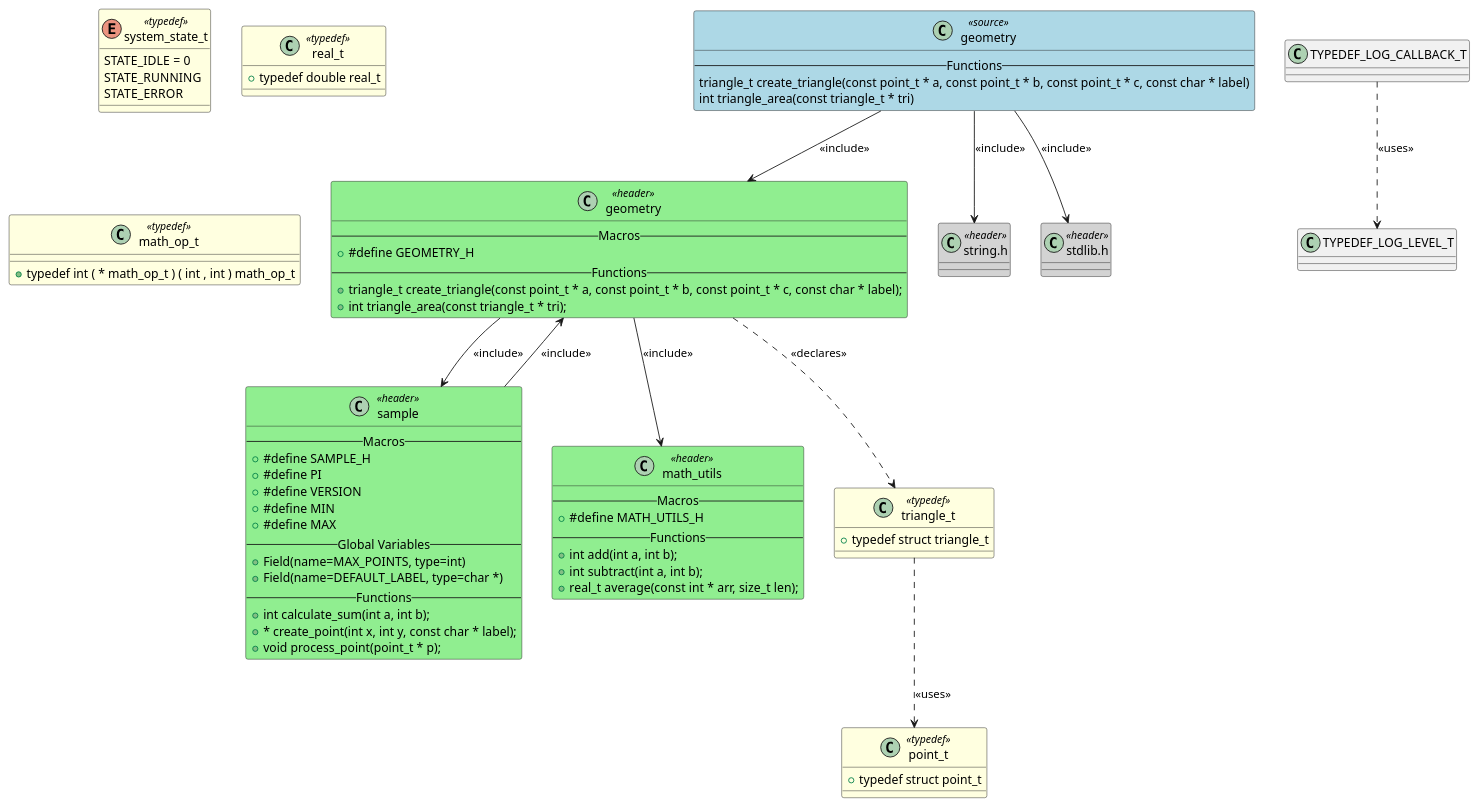
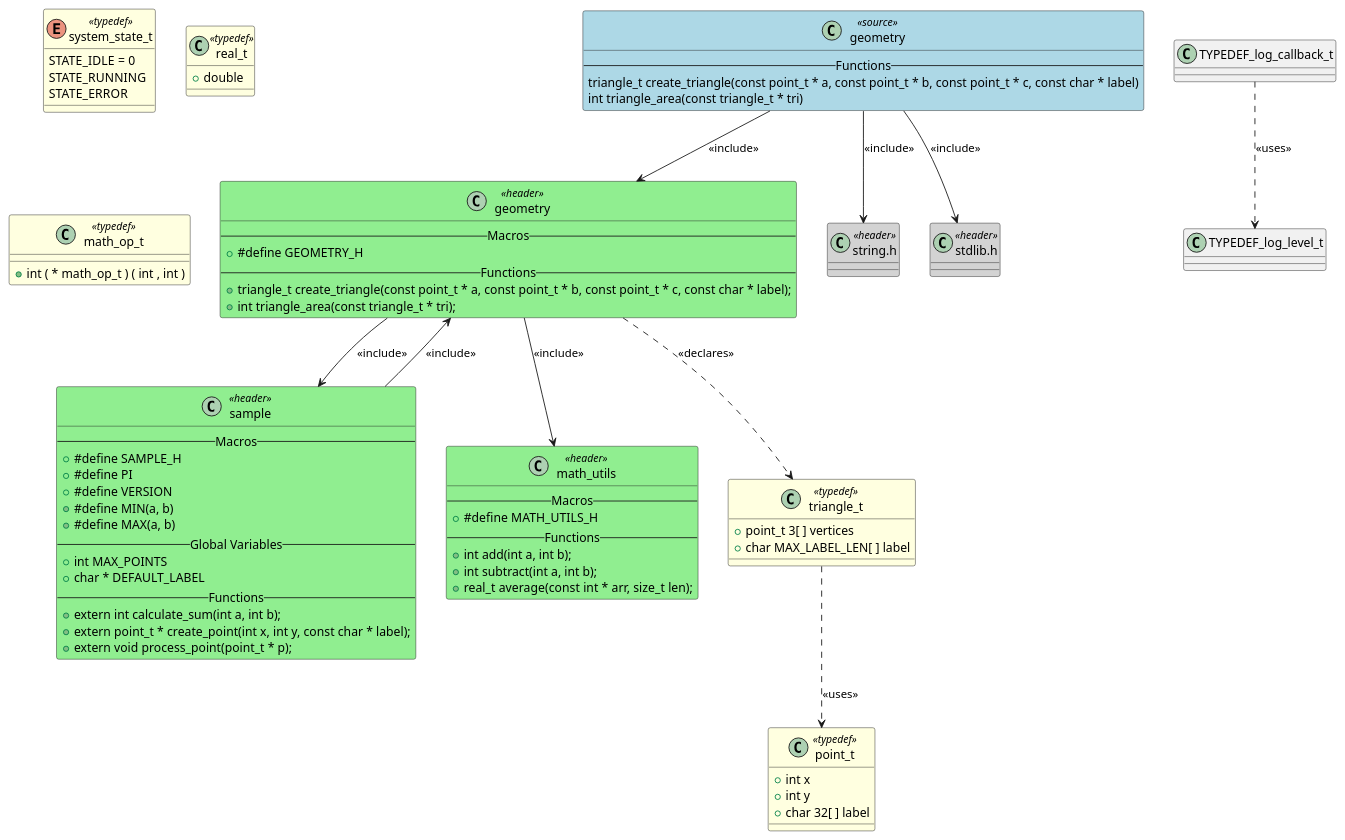
One commit to fischerjooo/c2puml changed the diagram in output/geometry.puml. Above: the diagram before and after it, drawn with PlantUML. The commit also changed 30 other files, not shown here.

```diff
--- a/output/geometry.puml
+++ b/output/geometry.puml
@@ -1,88 +1,91 @@
 @startuml geometry
 
 class "geometry" as GEOMETRY <<source>> #LightBlue
 {
-    -- Functions --
-    triangle_t create_triangle(const point_t * a, const point_t * b, const point_t * c, const char * label)
-    int triangle_area(const triangle_t * tri)
+-- Functions --
+triangle_t create_triangle(const point_t * a, const point_t * b, const point_t * c, const char * label)
+int triangle_area(const triangle_t * tri)
 }
 
 class "geometry" as HEADER_GEOMETRY <<header>> #LightGreen
 {
-    -- Macros --
-    + #define GEOMETRY_H
-    -- Functions --
-    + triangle_t create_triangle(const point_t * a, const point_t * b, const point_t * c, const char * label);
-    + int triangle_area(const triangle_t * tri);
+-- Macros --
++ #define GEOMETRY_H
+-- Functions --
++ triangle_t create_triangle(const point_t * a, const point_t * b, const point_t * c, const char * label);
++ int triangle_area(const triangle_t * tri);
 }
 class "string.h" as HEADER_STRING <<header>> #LightGray
 {
 }
 
 class "stdlib.h" as HEADER_STDLIB <<header>> #LightGray
 {
 }
 
 class "sample" as HEADER_SAMPLE <<header>> #LightGreen
 {
-    -- Macros --
-    + #define SAMPLE_H
-    + #define PI
-    + #define VERSION
-    + #define MIN
-    + #define MAX
-    -- Global Variables --
-    + Field(name=MAX_POINTS, type=int)
-    + Field(name=DEFAULT_LABEL, type=char *)
-    -- Functions --
-    + int calculate_sum(int a, int b);
-    + * create_point(int x, int y, const char * label);
-    + void process_point(point_t * p);
+-- Macros --
++ #define SAMPLE_H
++ #define PI
++ #define VERSION
++ #define MIN(a, b)
++ #define MAX(a, b)
+-- Global Variables --
++ int MAX_POINTS
++ char * DEFAULT_LABEL
+-- Functions --
++ extern int calculate_sum(int a, int b);
++ extern point_t * create_point(int x, int y, const char * label);
++ extern void process_point(point_t * p);
 }
 class "math_utils" as HEADER_MATH_UTILS <<header>> #LightGreen
 {
-    -- Macros --
-    + #define MATH_UTILS_H
-    -- Functions --
-    + int add(int a, int b);
-    + int subtract(int a, int b);
-    + real_t average(const int * arr, size_t len);
+-- Macros --
++ #define MATH_UTILS_H
+-- Functions --
++ int add(int a, int b);
++ int subtract(int a, int b);
++ real_t average(const int * arr, size_t len);
 }
-class "triangle_t" as TYPEDEF_TRIANGLE_T <<typedef>> #LightYellow
+class "triangle_t" as TYPEDEF_triangle_t <<typedef>> #LightYellow
 {
-    + typedef struct triangle_t
++ point_t 3[ ] vertices
++ char MAX_LABEL_LEN[ ] label
 }
 
-class "point_t" as TYPEDEF_POINT_T <<typedef>> #LightYellow
+class "point_t" as TYPEDEF_point_t <<typedef>> #LightYellow
 {
-    + typedef struct point_t
++ int x
++ int y
++ char 32[ ] label
 }
 
-enum "system_state_t" as TYPEDEF_SYSTEM_STATE_T <<typedef>> #LightYellow
+enum "system_state_t" as TYPEDEF_system_state_t <<typedef>> #LightYellow
 {
-    STATE_IDLE = 0
-    STATE_RUNNING
-    STATE_ERROR
+STATE_IDLE = 0
+STATE_RUNNING
+STATE_ERROR
 }
 
-class "real_t" as TYPEDEF_REAL_T <<typedef>> #LightYellow
+class "real_t" as TYPEDEF_real_t <<typedef>> #LightYellow
 {
-    + typedef double real_t
++ double
 }
 
-class "math_op_t" as TYPEDEF_MATH_OP_T <<typedef>> #LightYellow
+class "math_op_t" as TYPEDEF_math_op_t <<typedef>> #LightYellow
 {
-    + typedef int ( * math_op_t ) ( int , int ) math_op_t
++ int ( * math_op_t ) ( int , int )
 }
 
 GEOMETRY --> HEADER_GEOMETRY : <<include>>
 GEOMETRY --> HEADER_STRING : <<include>>
 GEOMETRY --> HEADER_STDLIB : <<include>>
 HEADER_GEOMETRY --> HEADER_SAMPLE : <<include>>
 HEADER_GEOMETRY --> HEADER_MATH_UTILS : <<include>>
 HEADER_SAMPLE --> HEADER_GEOMETRY : <<include>>
-TYPEDEF_TRIANGLE_T ..> TYPEDEF_POINT_T : <<uses>>
-TYPEDEF_LOG_CALLBACK_T ..> TYPEDEF_LOG_LEVEL_T : <<uses>>
-HEADER_GEOMETRY ..> TYPEDEF_TRIANGLE_T : <<declares>>
+HEADER_GEOMETRY ..> TYPEDEF_triangle_t : <<declares>>
+TYPEDEF_triangle_t ..> TYPEDEF_point_t : <<uses>>
+TYPEDEF_log_callback_t ..> TYPEDEF_log_level_t : <<uses>>
 
 @enduml
```
